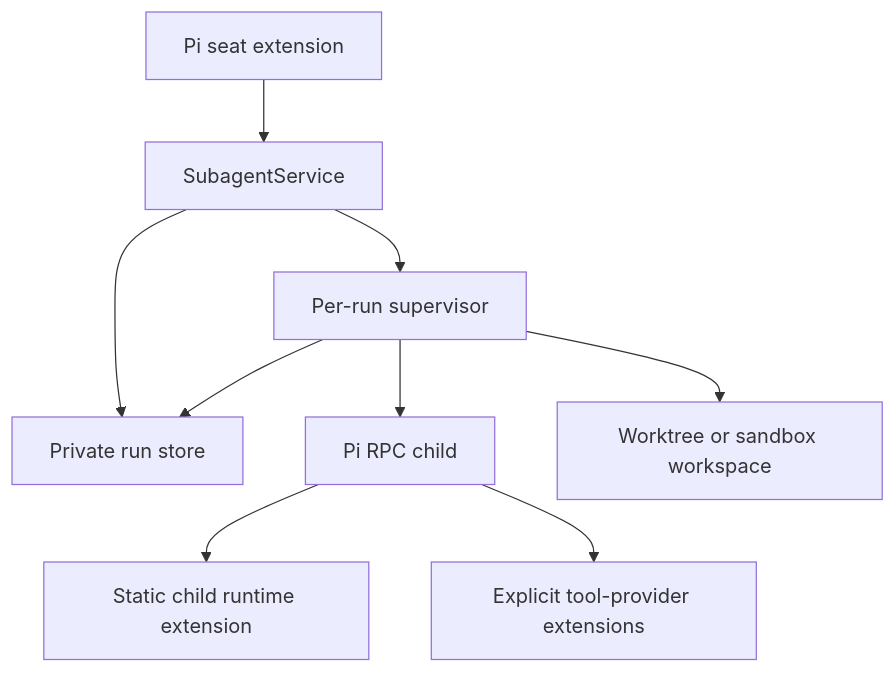
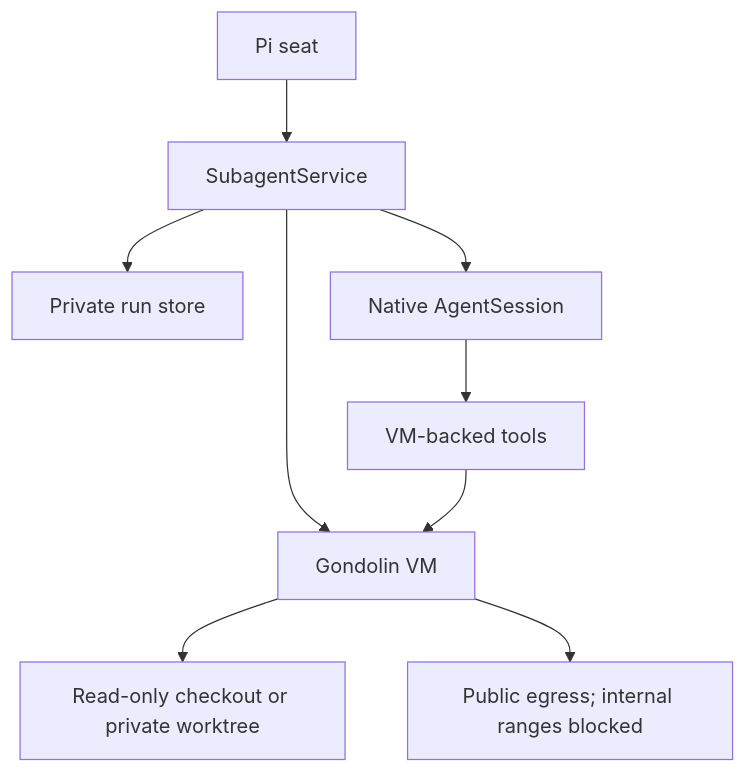
Before and after one commit to vegardx/pi-subagent: the first of 2 diagrams in docs/implementation-plan.md, drawn with Mermaid. The commit also changed other lines of this file and 13 other files, not shown here.

Commit message:
docs: adopt Gondolin isolation architecture

````diff
--- a/docs/implementation-plan.md
+++ b/docs/implementation-plan.md
@@ -36,20 +43,20 @@
 ```mermaid
 graph TD
-    Seat[Pi seat extension]
+    Seat[Pi seat]
     Service[SubagentService]
     Store[Private run store]
-    Supervisor[Per-run supervisor]
-    Child[Pi RPC child]
-    WorkerExtension[Static child runtime extension]
-    Providers[Explicit tool-provider extensions]
-    Workspace[Worktree or sandbox workspace]
+    Session[Native AgentSession]
+    Sandbox[Gondolin VM]
+    Tools[VM-backed tools]
+    Workspace[Read-only checkout or private worktree]
+    Network[Public egress; internal ranges blocked]
 
     Seat --> Service
     Service --> Store
-    Service --> Supervisor
-    Supervisor --> Store
-    Supervisor --> Child
-    Child --> WorkerExtension
-    Child --> Providers
-    Supervisor --> Workspace
+    Service --> Session
+    Service --> Sandbox
+    Session --> Tools
+    Tools --> Sandbox
+    Sandbox --> Workspace
+    Sandbox --> Network
 ```
````
